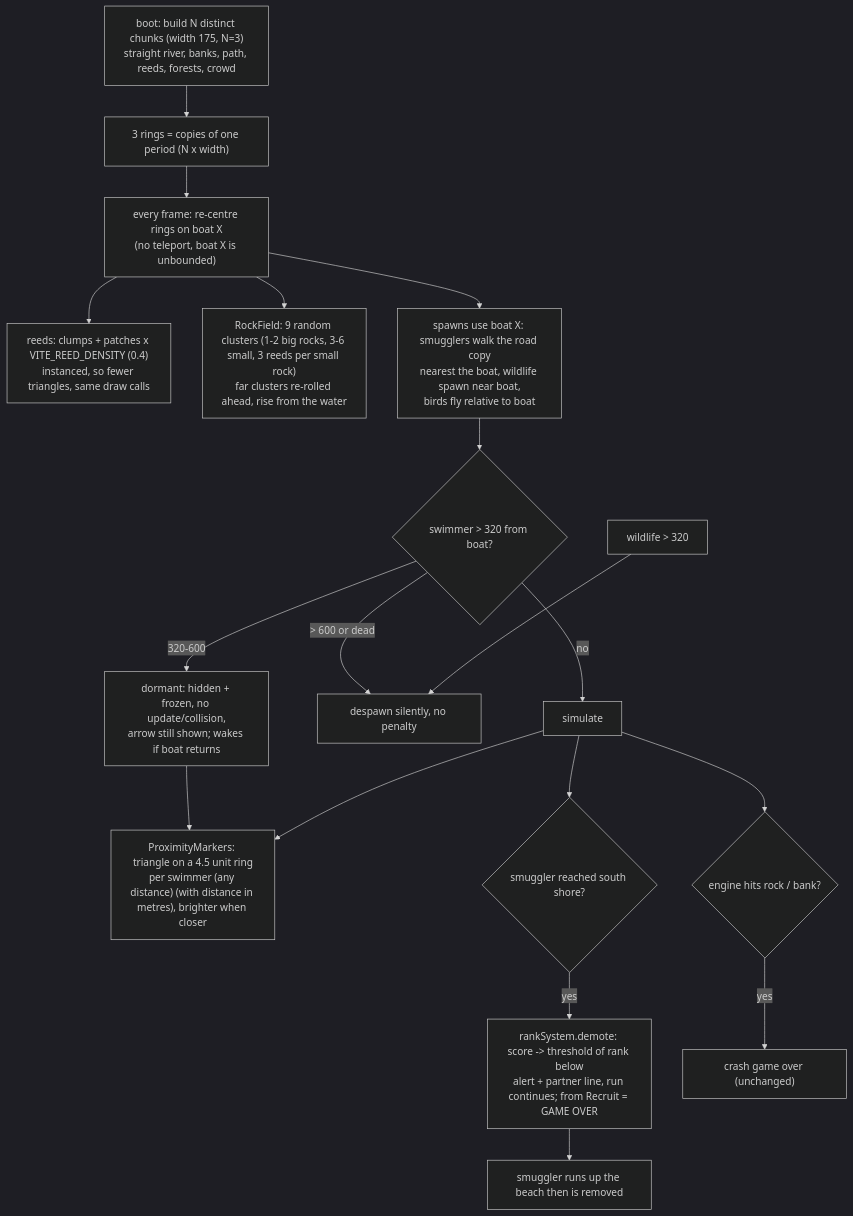
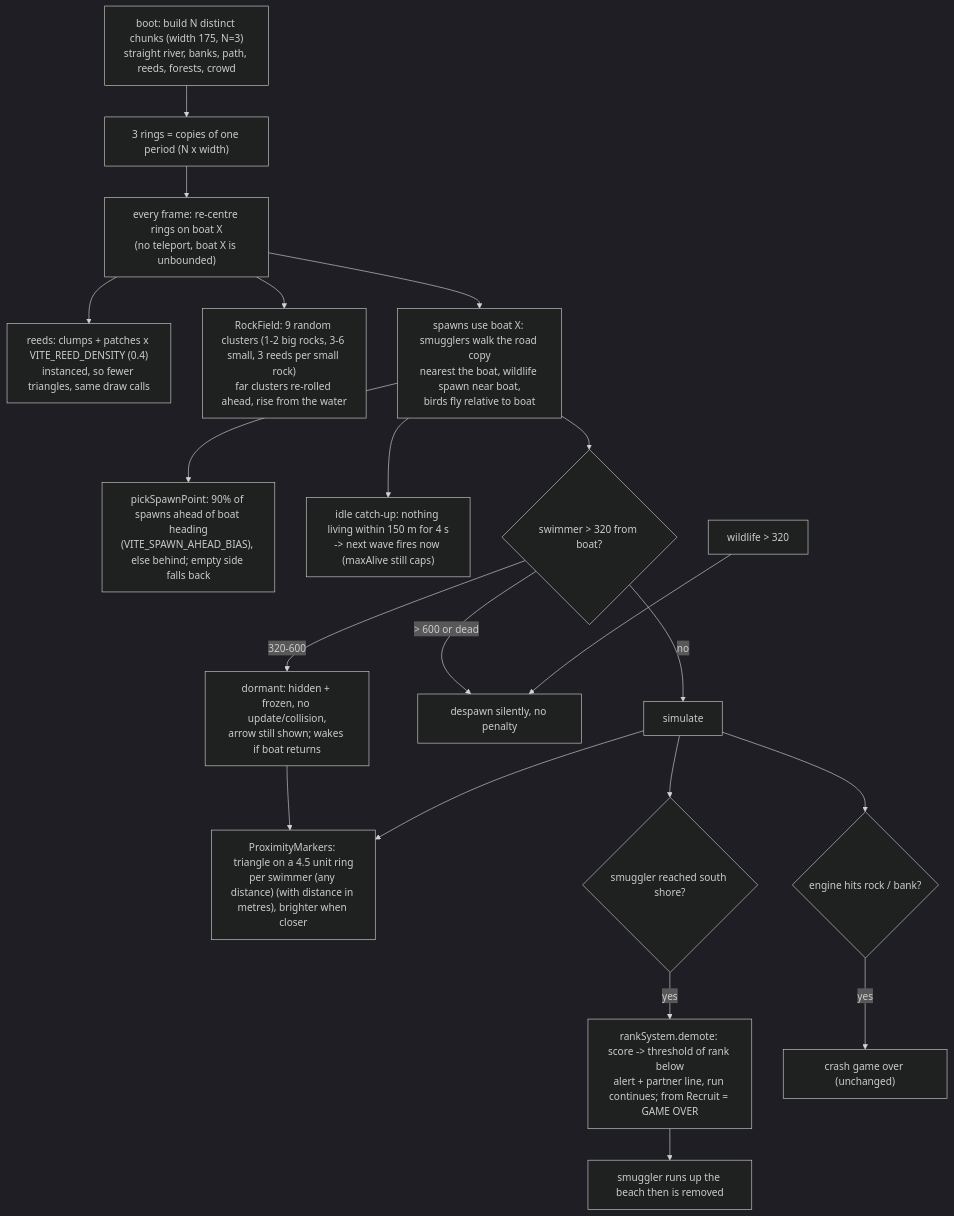
Before and after one commit to Protosnake/veslo: the diagram in docs/features/37-endless-river.md, drawn with Mermaid (dark theme). The commit also changed other lines of this file and 5 other files, not shown here.

Commit message:
feat: bias swimmer spawns ahead of the boat, idle catch-up waves, 50% wider river

````diff
--- a/docs/features/37-endless-river.md
+++ b/docs/features/37-endless-river.md
@@ -5,20 +5,22 @@
 ```mermaid
 flowchart TD
     A["boot: build N distinct chunks (width 175, N=3)<br/>straight river, banks, path, reeds, forests, crowd"] --> B["3 rings = copies of one period (N x width)"]
     B --> C["every frame: re-centre rings on boat X<br/>(no teleport, boat X is unbounded)"]
     C --> V["reeds: clumps + patches x VITE_REED_DENSITY (0.4)<br/>instanced, so fewer triangles, same draw calls"]
     C --> D["RockField: 9 random clusters (1-2 big rocks, 3-6 small, 3 reeds per small rock)<br/>far clusters re-rolled ahead, rise from the water"]
     C --> E["spawns use boat X: smugglers walk the road copy<br/>nearest the boat, wildlife spawn near boat,<br/>birds fly relative to boat"]
+    E --> E2["pickSpawnPoint: 90% of spawns ahead of boat heading<br/>(VITE_SPAWN_AHEAD_BIAS), else behind; empty side falls back"]
+    E --> E3["idle catch-up: nothing living within 150 m for 4 s<br/>-> next wave fires now (maxAlive still caps)"]
     E --> F{"swimmer > 320 from boat?"}
     F -->|"320-600"| D2["dormant: hidden + frozen, no update/collision,<br/>arrow still shown; wakes if boat returns"]
     F -->|"> 600 or dead"| G["despawn silently, no penalty"]
     F -->|no| H["simulate"]
     D2 --> M
     W["wildlife > 320"] --> G
     H --> M["ProximityMarkers: triangle on a 4.5 unit ring<br/>per swimmer (any distance) (with distance in metres), brighter when closer"]
     H --> I{"smuggler reached south shore?"}
     I -->|yes| J["rankSystem.demote: score -> threshold of rank below<br/>alert + partner line, run continues; from Recruit = GAME OVER"]
     J --> K["smuggler runs up the beach then is removed"]
     H --> L{"engine hits rock / bank?"}
     L -->|yes| N["crash game over (unchanged)"]
 ```
````
